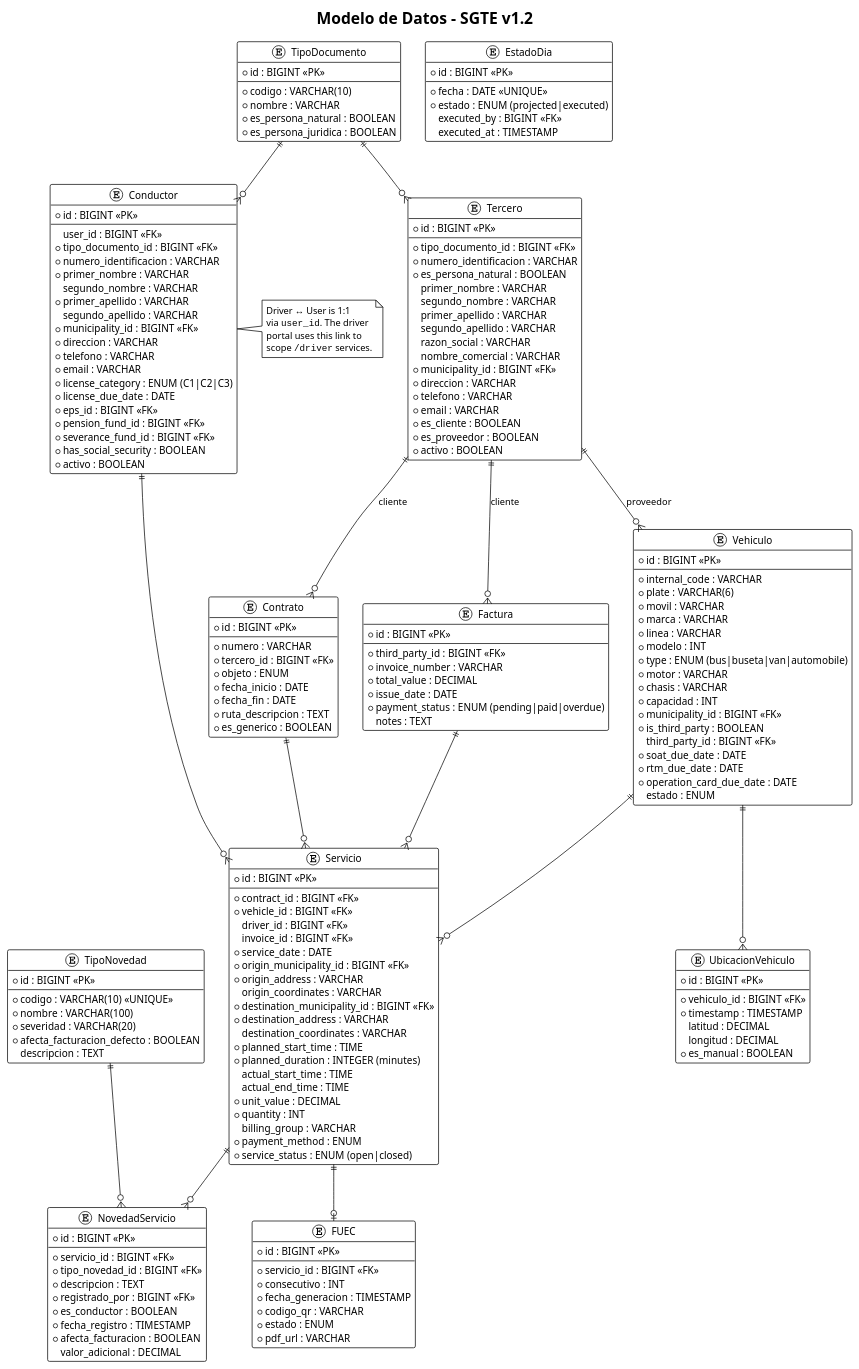
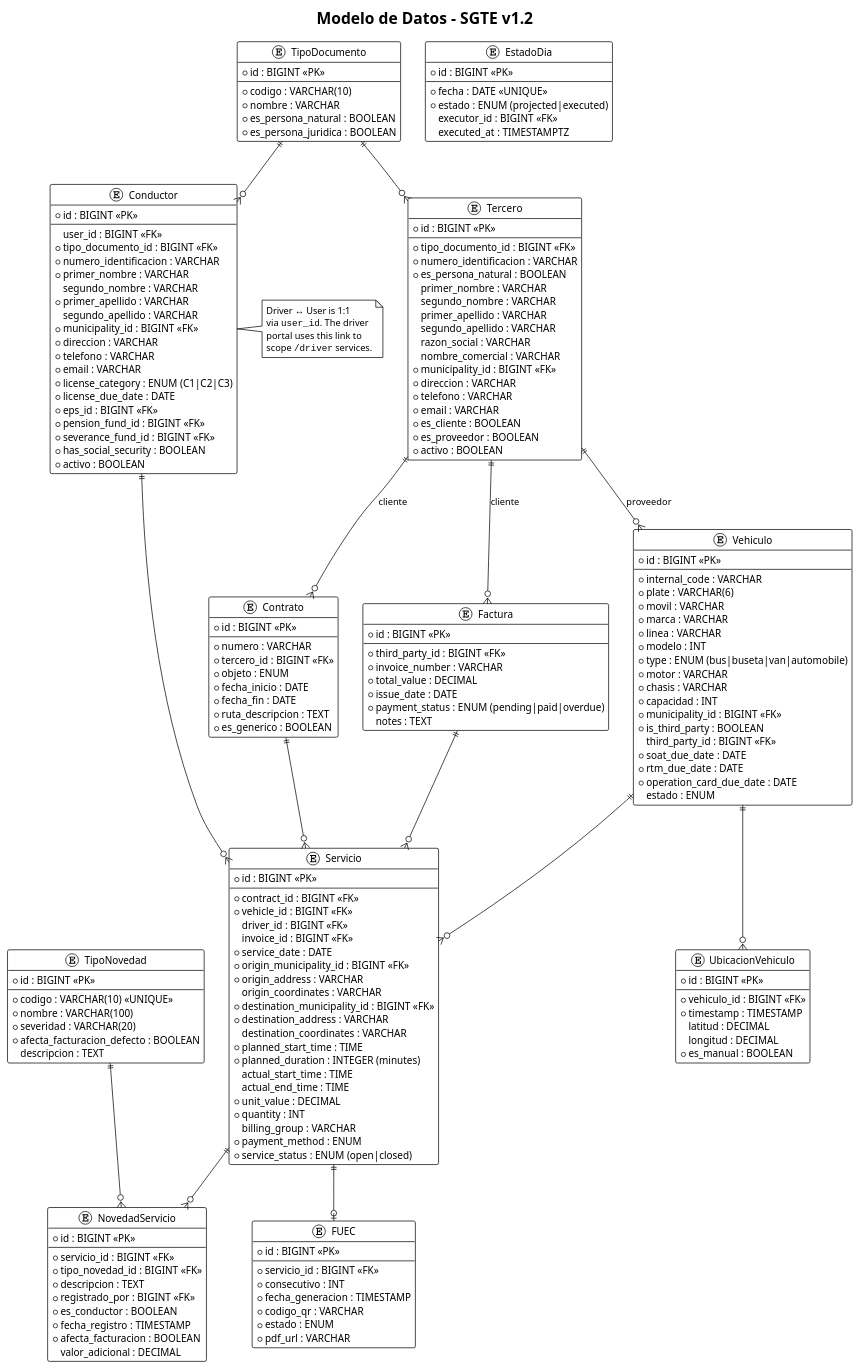
The eighth of 8 diagrams in docs/SRS.md (cristian-home/sgte-app), drawn with PlantUML before and after one commit. The commit also changed other lines of this file and 5 other files, not shown here.

```diff
--- a/docs/SRS.md
+++ b/docs/SRS.md
@@ -859,8 +863,8 @@
   --
   * fecha : DATE <<UNIQUE>>
   * estado : ENUM (projected|executed)
-  executed_by : BIGINT <<FK>>
-  executed_at : TIMESTAMP
+  executor_id : BIGINT <<FK>>
+  executed_at : TIMESTAMPTZ
 }
 
 entity "Factura" as factura {
```
